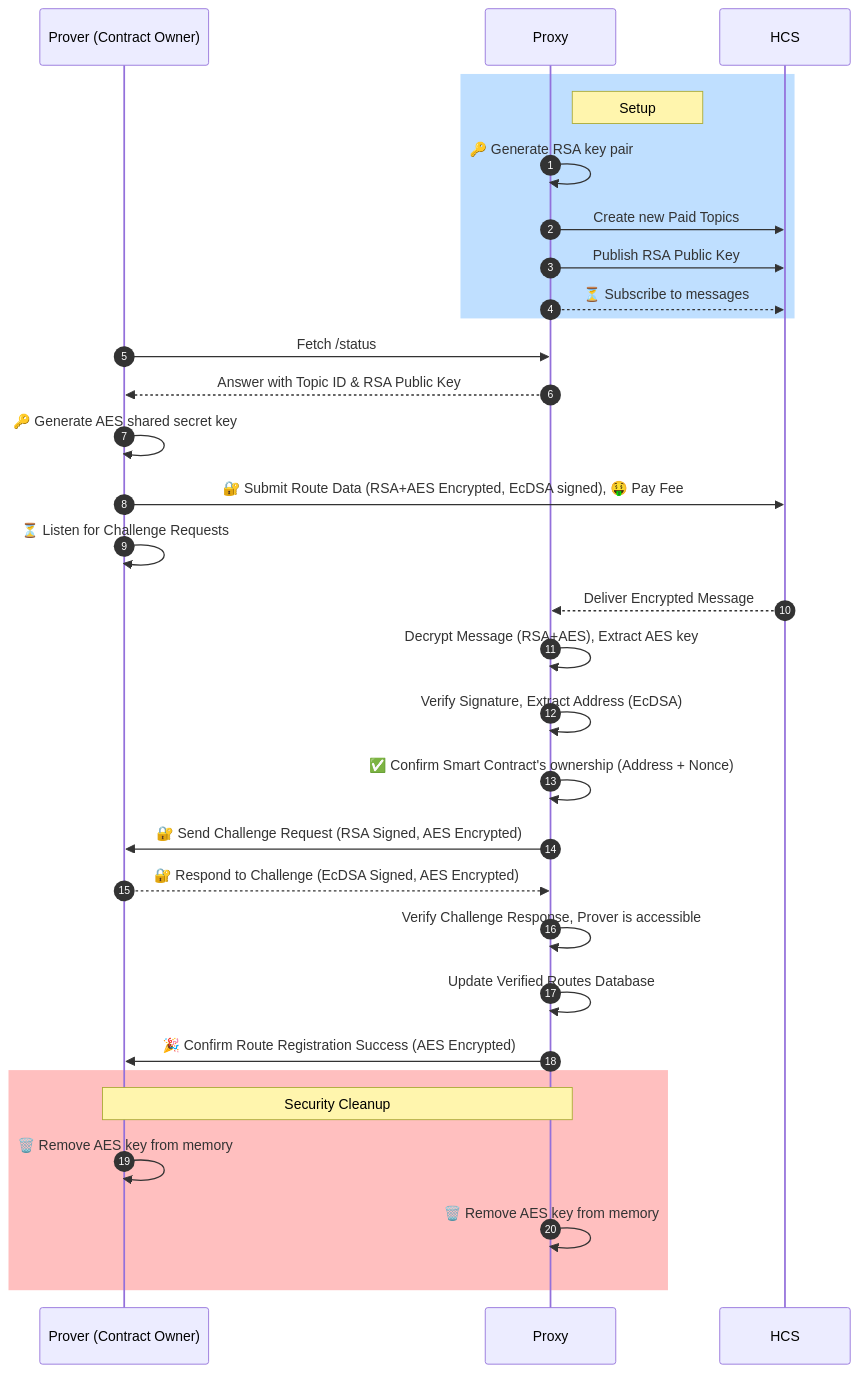
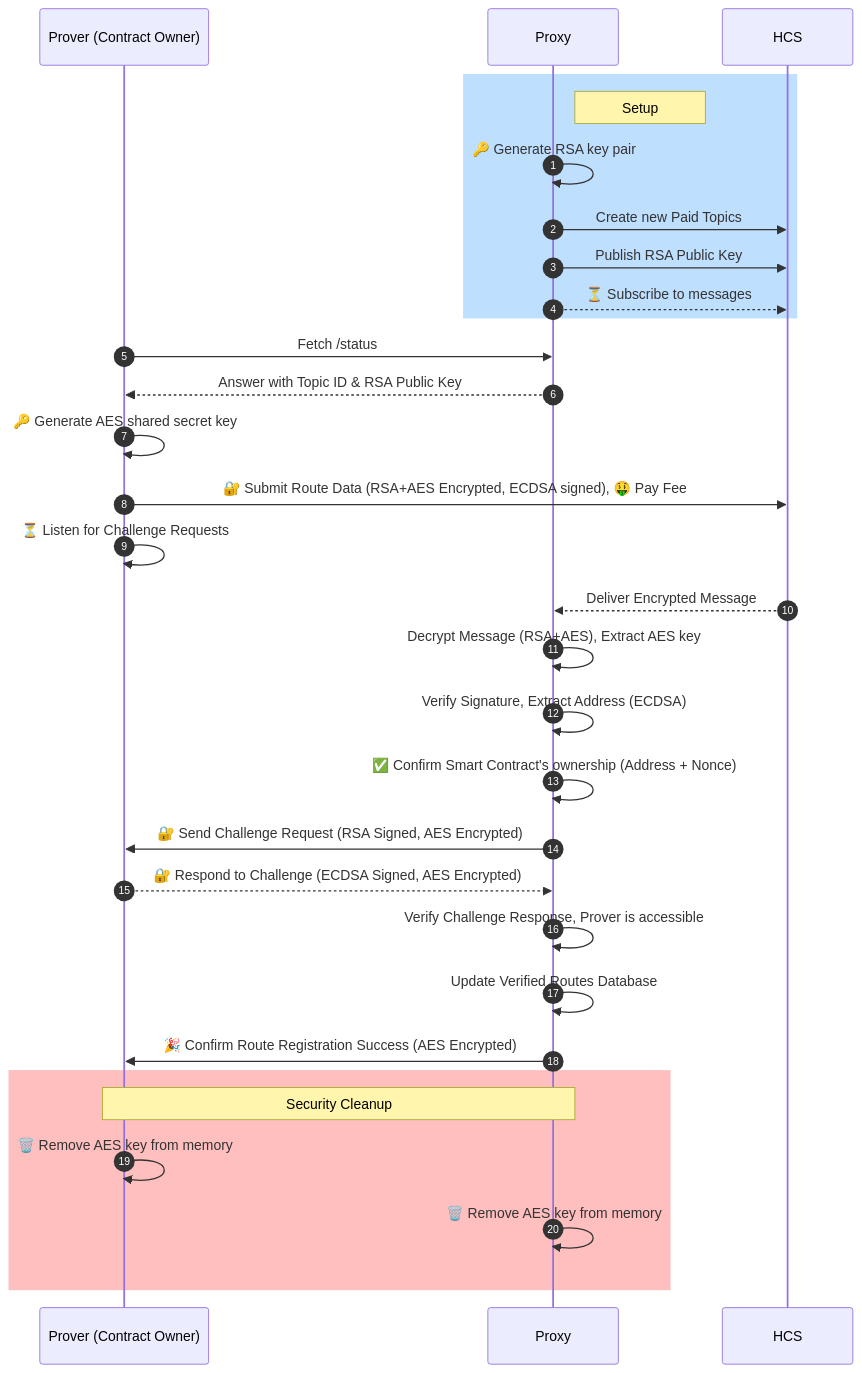
The diagram in README.md (InternetOfPeers/hiero-json-rpc-relay-proxy), drawn with Mermaid before and after one commit. The commit also changed other lines of this file and 2 other files, not shown here.

Commit message:
fix: update README to clarify encryption methods used in prover component

````diff
--- a/README.md
+++ b/README.md
@@ -68,34 +37,34 @@
 ```mermaid
 sequenceDiagram
   participant Prover as Prover (Contract Owner)
   participant Proxy as Proxy
   participant HCS as HCS
 
   autonumber
   rect rgb(191, 223, 255)
     Note right of Proxy: Setup
     Proxy ->> Proxy: 🔑 Generate RSA key pair
     Proxy ->> HCS: Create new Paid Topics
     Proxy ->> HCS: Publish RSA Public Key
     Proxy -->> HCS: ⏳ Subscribe to messages
   end
   Prover ->> Proxy: Fetch /status
   Proxy -->> Prover: Answer with Topic ID & RSA Public Key
   Prover ->> Prover: 🔑 Generate AES shared secret key
-  Prover ->> HCS: 🔐 Submit Route Data (RSA+AES Encrypted, EcDSA signed), 🤑 Pay Fee
+  Prover ->> HCS: 🔐 Submit Route Data (RSA+AES Encrypted, ECDSA signed), 🤑 Pay Fee
   Prover ->> Prover: ⏳ Listen for Challenge Requests
   HCS -->> Proxy: Deliver Encrypted Message
   Proxy ->> Proxy: Decrypt Message (RSA+AES), Extract AES key
-  Proxy ->> Proxy: Verify Signature, Extract Address (EcDSA)
+  Proxy ->> Proxy: Verify Signature, Extract Address (ECDSA)
   Proxy ->> Proxy: ✅ Confirm Smart Contract's ownership (Address + Nonce)
   Proxy ->> Prover: 🔐 Send Challenge Request (RSA Signed, AES Encrypted)
-  Prover -->> Proxy: 🔐 Respond to Challenge (EcDSA Signed, AES Encrypted)
+  Prover -->> Proxy: 🔐 Respond to Challenge (ECDSA Signed, AES Encrypted)
   Proxy ->> Proxy: Verify Challenge Response, Prover is accessible
   Proxy ->> Proxy: Update Verified Routes Database
   Proxy ->> Prover: 🎉 Confirm Route Registration Success (AES Encrypted)
   rect rgb(255, 191, 191)
     Note over Prover, Proxy: Security Cleanup
     Prover ->> Prover: 🗑️ Remove AES key from memory
     Proxy ->> Proxy: 🗑️ Remove AES key from memory
   end
 ```
````
